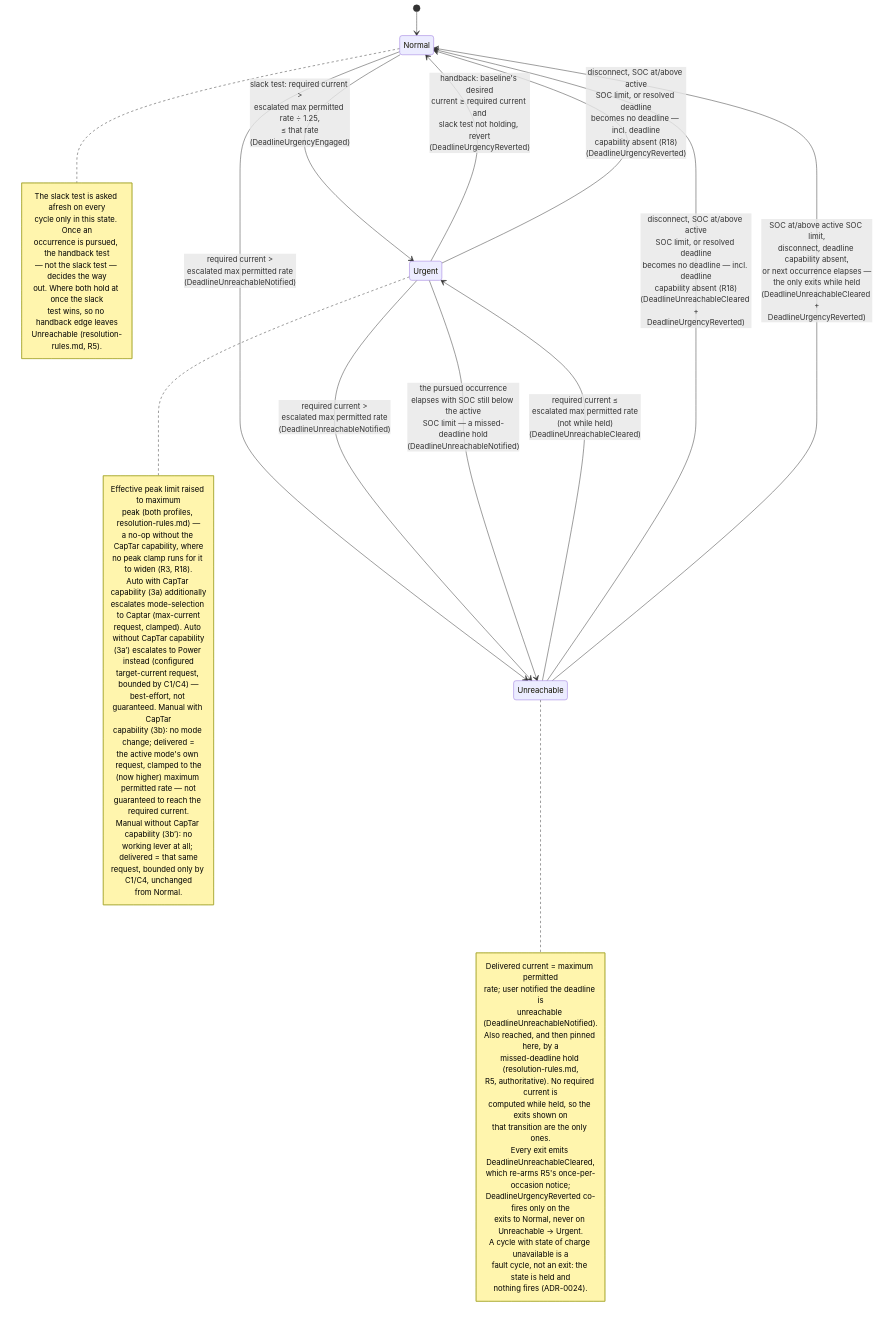
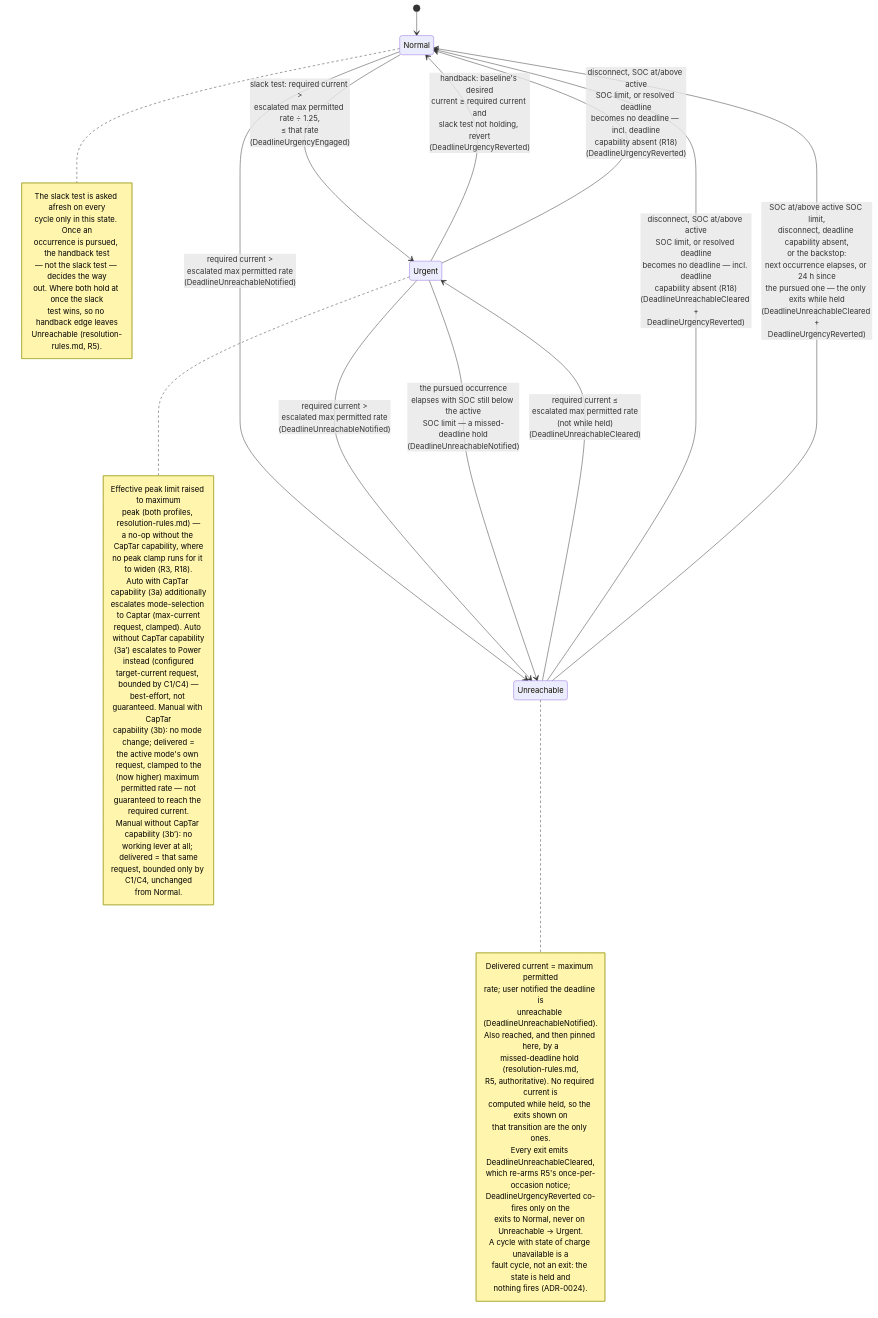
One commit to kristofdegrave/homeassistant-smart-charging changed the diagram in docs/analysis/use-cases/UC05-guarantee-ready-by-departure.md. Above: the diagram before and after it, drawn with Mermaid. The commit also changed other lines of this file and 4 other files, not shown here.

````diff
--- a/docs/analysis/use-cases/UC05-guarantee-ready-by-departure.md
+++ b/docs/analysis/use-cases/UC05-guarantee-ready-by-departure.md
@@ -111,59 +111,59 @@
 ```mermaid
 stateDiagram-v2
     [*] --> Normal
     Normal --> Urgent: slack test: required current ><br/>escalated max permitted rate ÷ 1.25,<br/>≤ that rate<br/>(DeadlineUrgencyEngaged)
     Normal --> Unreachable: required current ><br/>escalated max permitted rate<br/>(DeadlineUnreachableNotified)
     Urgent --> Normal: handback: baseline's desired<br/>current ≥ required current and<br/>slack test not holding, revert<br/>(DeadlineUrgencyReverted)
     Urgent --> Unreachable: required current ><br/>escalated max permitted rate<br/>(DeadlineUnreachableNotified)
     Urgent --> Unreachable: the pursued occurrence<br/>elapses with SOC still below the active<br/>SOC limit — a missed-deadline hold<br/>(DeadlineUnreachableNotified)
     Urgent --> Normal: disconnect, SOC at/above active<br/>SOC limit, or resolved deadline<br/>becomes no deadline — incl. deadline<br/>capability absent (R18)<br/>(DeadlineUrgencyReverted)
     Unreachable --> Urgent: required current ≤<br/>escalated max permitted rate<br/>(not while held)<br/>(DeadlineUnreachableCleared)
     Unreachable --> Normal: disconnect, SOC at/above active<br/>SOC limit, or resolved deadline<br/>becomes no deadline — incl. deadline<br/>capability absent (R18)<br/>(DeadlineUnreachableCleared +<br/>DeadlineUrgencyReverted)
-    Unreachable --> Normal: SOC at/above active SOC limit,<br/>disconnect, deadline capability absent,<br/>or next occurrence elapses —<br/>the only exits while held<br/>(DeadlineUnreachableCleared +<br/>DeadlineUrgencyReverted)
+    Unreachable --> Normal: SOC at/above active SOC limit,<br/>disconnect, deadline capability absent,<br/>or the backstop:<br/>next occurrence elapses, or 24 h since<br/>the pursued one — the only exits while held<br/>(DeadlineUnreachableCleared +<br/>DeadlineUrgencyReverted)
     note right of Normal
         The slack test is asked afresh on every
         cycle only in this state. Once an
         occurrence is pursued, the handback test
         — not the slack test — decides the way
         out. Where both hold at once the slack
         test wins, so no handback edge leaves
         Unreachable (resolution-rules.md, R5).
     end note
     note right of Urgent
         Effective peak limit raised to maximum
         peak (both profiles, resolution-rules.md) —
         a no-op without the CapTar capability, where
         no peak clamp runs for it to widen (R3, R18).
         Auto with CapTar capability (3a) additionally
         escalates mode-selection to Captar (max-current
         request, clamped). Auto without CapTar capability
         (3a′) escalates to Power instead (configured
         target-current request, bounded by C1/C4) —
         best-effort, not guaranteed. Manual with CapTar
         capability (3b): no mode change; delivered =
         the active mode's own request, clamped to the
         (now higher) maximum permitted rate — not
         guaranteed to reach the required current.
         Manual without CapTar capability (3b′): no
         working lever at all; delivered = that same
         request, bounded only by C1/C4, unchanged
         from Normal.
     end note
     note right of Unreachable
         Delivered current = maximum permitted
         rate; user notified the deadline is
         unreachable (DeadlineUnreachableNotified).
         Also reached, and then pinned here, by a
         missed-deadline hold (resolution-rules.md,
         R5, authoritative). No required current is
         computed while held, so the exits shown on
         that transition are the only ones.
         Every exit emits DeadlineUnreachableCleared,
         which re-arms R5's once-per-occasion notice;
         DeadlineUrgencyReverted co-fires only on the
         exits to Normal, never on Unreachable -> Urgent.
         A cycle with state of charge unavailable is a
         fault cycle, not an exit: the state is held and
         nothing fires (ADR-0024).
     end note
 ```
````
